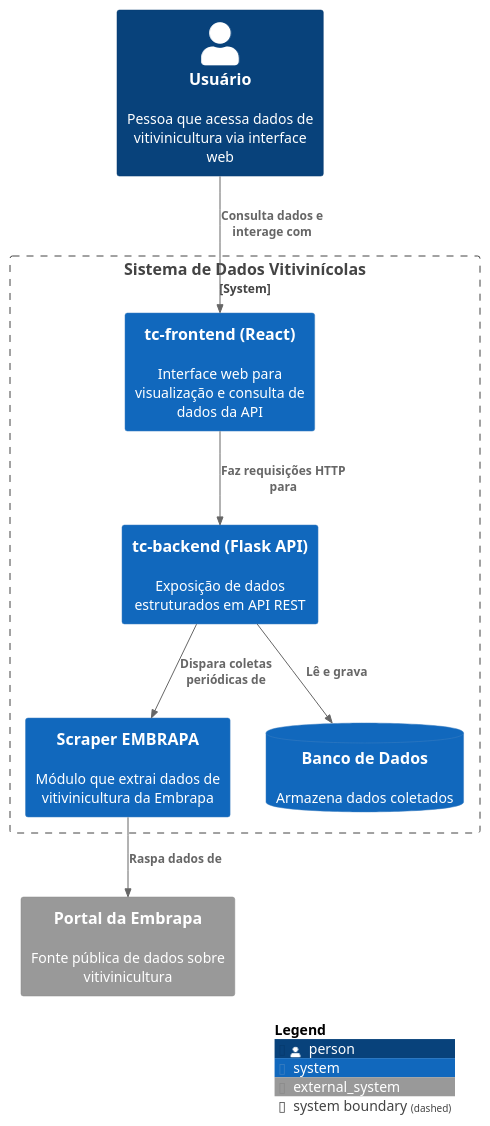
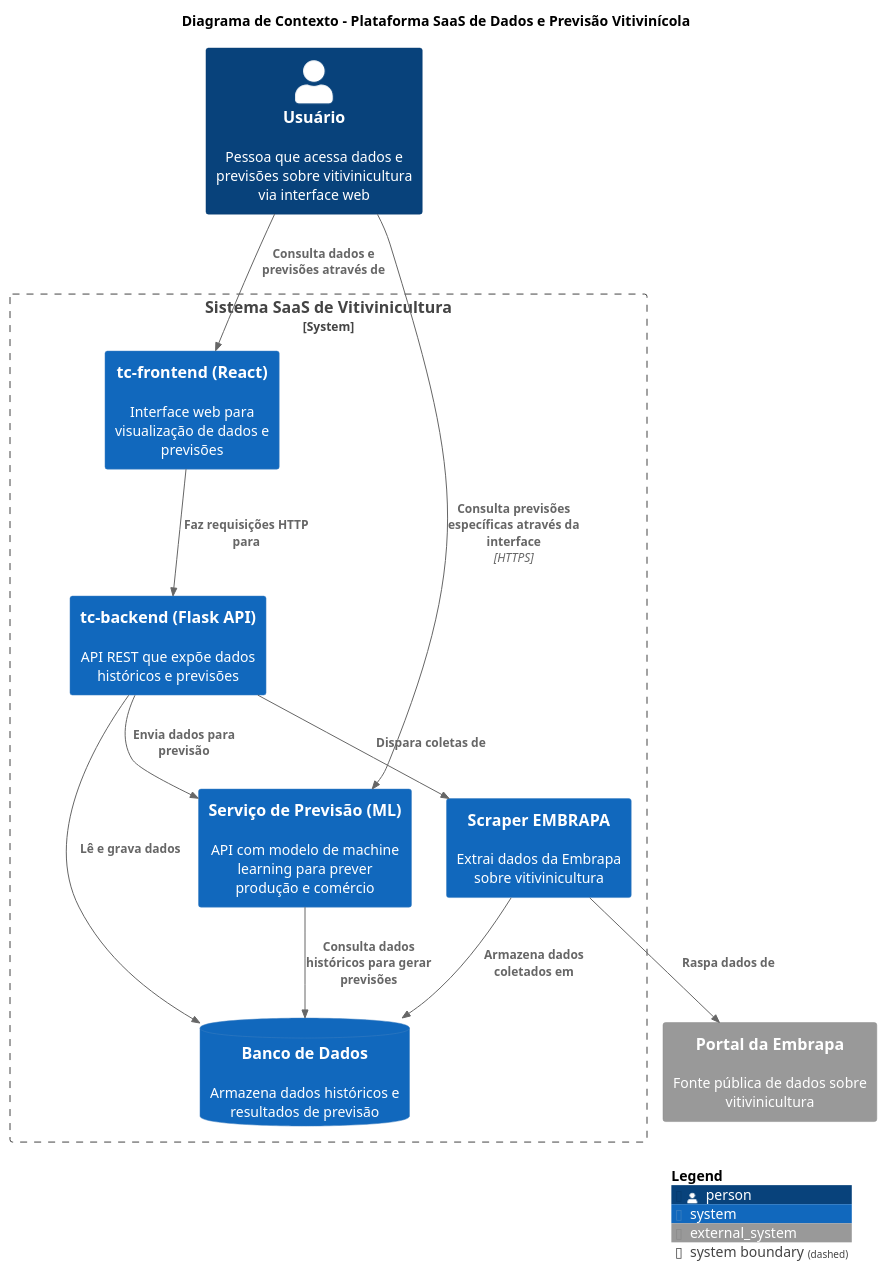
One commit to luisguilermes/postechml-tech-challenge changed the diagram in docs/architecture/c4/1-context.puml. Above: the diagram before and after it, drawn with PlantUML. The commit also changed 4 other files, not shown here.

```diff
--- a/docs/architecture/c4/1-context.puml
+++ b/docs/architecture/c4/1-context.puml
@@ -1,22 +1,33 @@
 @startuml C4_Context
 !includeurl https://raw.githubusercontent.com/plantuml-stdlib/C4-PlantUML/master/C4_Context.puml
 
-Person(user, "Usuário", "Pessoa que acessa dados de vitivinicultura via interface web")
+title Diagrama de Contexto - Plataforma SaaS de Dados e Previsão Vitivinícola
 
-System_Boundary(sistema, "Sistema de Dados Vitivinícolas") {
-    System(webapp, "tc-frontend (React)", "Interface web para visualização e consulta de dados da API")
-    System(api, "tc-backend (Flask API)", "Exposição de dados estruturados em API REST")
-    System(scraper, "Scraper EMBRAPA", "Módulo que extrai dados de vitivinicultura da Embrapa")
-    SystemDb(database, "Banco de Dados", "Armazena dados coletados")
+' Pessoas
+Person(user, "Usuário", "Pessoa que acessa dados e previsões sobre vitivinicultura via interface web")
+
+' Sistemas internos
+System_Boundary(sistema, "Sistema SaaS de Vitivinicultura") {
+    System(webapp, "tc-frontend (React)", "Interface web para visualização de dados e previsões")
+    System(api, "tc-backend (Flask API)", "API REST que expõe dados históricos e previsões")
+    System(scraper, "Scraper EMBRAPA", "Extrai dados da Embrapa sobre vitivinicultura")
+    System(ml_api, "Serviço de Previsão (ML)", "API com modelo de machine learning para prever produção e comércio")
+    SystemDb(database, "Banco de Dados", "Armazena dados históricos e resultados de previsão")
 }
 
+' Sistema externo
 System_Ext(embrapa, "Portal da Embrapa", "Fonte pública de dados sobre vitivinicultura")
 
-Rel(user, webapp, "Consulta dados e interage com")
+' Relações
+Rel(user, webapp, "Consulta dados e previsões através de")
 Rel(webapp, api, "Faz requisições HTTP para")
-Rel(api, database, "Lê e grava")
-Rel(api, scraper, "Dispara coletas periódicas de")
+Rel(api, database, "Lê e grava dados")
+Rel(api, scraper, "Dispara coletas de")
 Rel(scraper, embrapa, "Raspa dados de")
+Rel(scraper, database, "Armazena dados coletados em")
+Rel(api, ml_api, "Envia dados para previsão")
+Rel(ml_api, database, "Consulta dados históricos para gerar previsões")
+Rel(user, ml_api, "Consulta previsões específicas através da interface", "HTTPS")
 
 SHOW_LEGEND()
 @enduml
```
